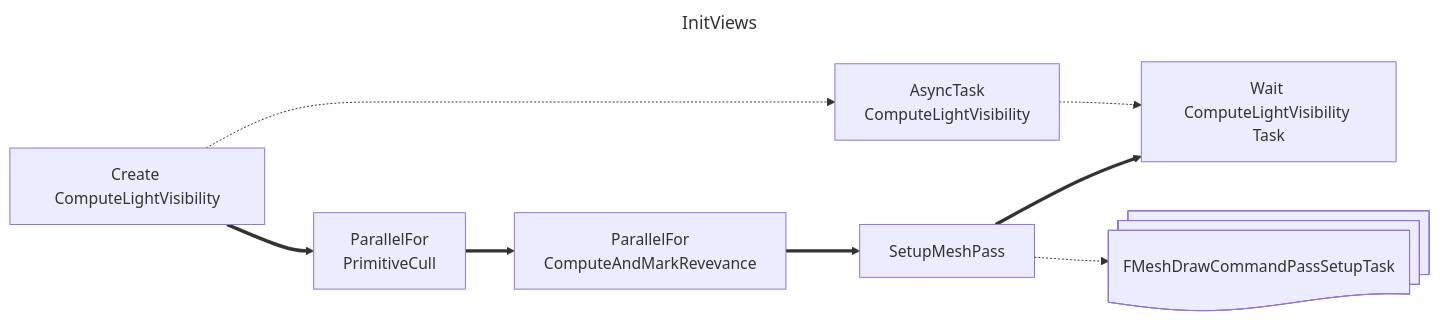
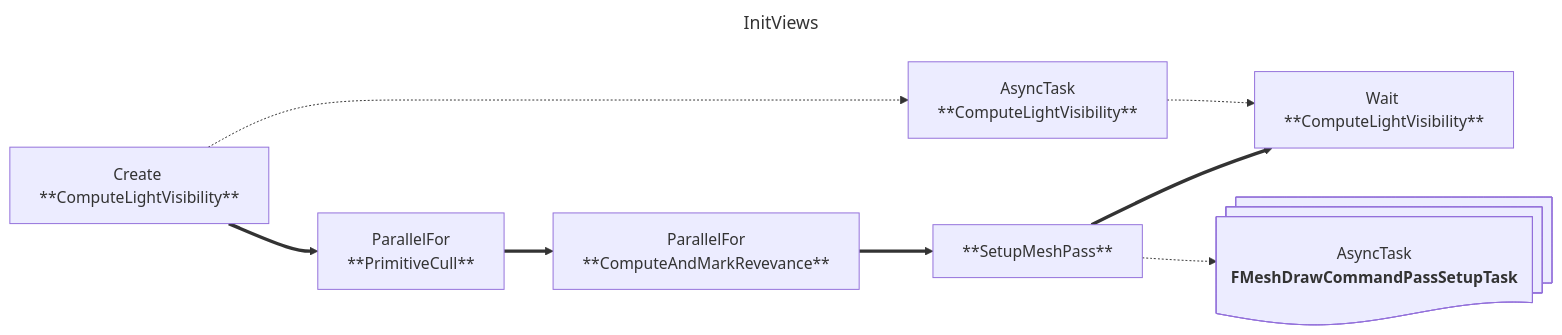
Before and after one commit to IdioticProgramApe/IdioticProgramApe.github.io: diagram 12 of 15 in _posts/2025-10-31-unreal-multithreaded-rendering.md, drawn with Mermaid. The commit also changed other lines of this file, not shown here.

````diff
--- a/_posts/2025-10-31-unreal-multithreaded-rendering.md
+++ b/_posts/2025-10-31-unreal-multithreaded-rendering.md
@@ -337,18 +339,18 @@
 ```mermaid
 ---
 title: "InitViews"
 ---
 flowchart LR
-    T1["Create ComputeLightVisibility"]
-    T2["ParallelFor<br>PrimitiveCull"]
-    T3["ParallelFor<br>ComputeAndMarkRevevance"]
-    T4["SetupMeshPass"]
-    T5["Wait ComputeLightVisibility Task"]
+    T1["Create **ComputeLightVisibility**"]
+    T2["ParallelFor<br>**PrimitiveCull**"]
+    T3["ParallelFor<br>**ComputeAndMarkRevevance**"]
+    T4["**SetupMeshPass**"]
+    T5["Wait **ComputeLightVisibility**"]
 	
-    AT1["AsyncTask<br>ComputeLightVisibility"]
-    ATS@{ shape: docs, label: "FMeshDrawCommandPassSetupTask" }
+    AT1["AsyncTask<br>**ComputeLightVisibility**"]
+    ATS@{ shape: docs, label: "AsyncTask<br>**FMeshDrawCommandPassSetupTask**" }
 	
     T1 ==> T2 ==> T3 ==> T4 ==> T5
     T1 -.-> AT1 -.-> T5
     T4 -.-> ATS
 ```
````
